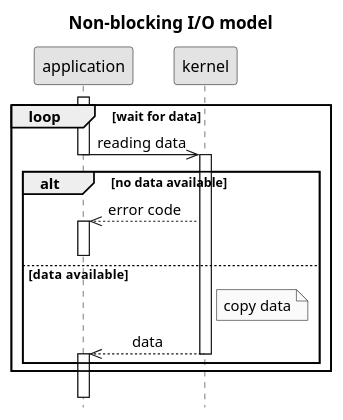
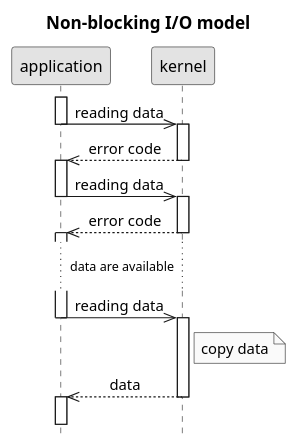
One commit to c0p4c4b4n4/demo-sockets-io-nio-nio2 changed the diagram in .images/non-blocking IO model.puml. Above: the diagram before and after it, drawn with PlantUML. The commit also changed 1 other file, not shown here.

```diff
--- a/.images/non-blocking IO model.puml
+++ b/.images/non-blocking IO model.puml
@@ -1,25 +1,35 @@
 @startuml
 title Non-blocking I/O model
 hide footbox
 skinparam monochrome true
 skinparam defaultFontName Microsoft Sans Serif
 skinparam titleFontSize 15
 skinparam sequenceMessageAlign center
+
 activate application
-loop wait for data
-    application->>kernel: reading data
-    deactivate application
-    activate kernel
-    alt no data available
-        kernel-->>application: error code
-        activate application
-        deactivate application
-    else data  available
-        Note right of kernel: copy data
-        kernel-->>application: data
-        deactivate kernel
-        activate application
-    end
-end
+application->>kernel: reading data
+deactivate application
+activate kernel
+kernel-->>application: error code
+deactivate kernel
+activate application
+
+application->>kernel: reading data
+deactivate application
+activate kernel
+kernel-->>application: error code
+deactivate kernel
+activate application
+
+... data are available ...
+
+application->>kernel: reading data
+deactivate application
+activate kernel
+Note right of kernel: copy data
+kernel-->>application: data
+deactivate kernel
+activate application
+
 ||15||
 @enduml
```
